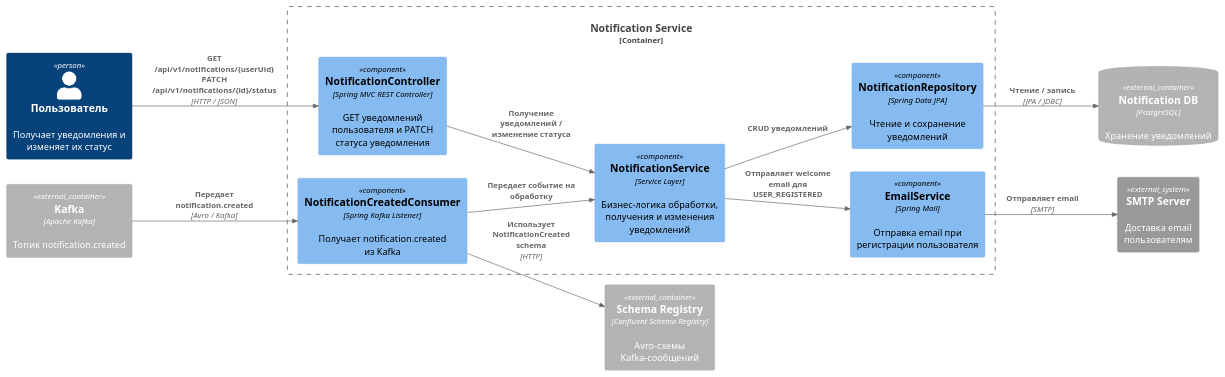
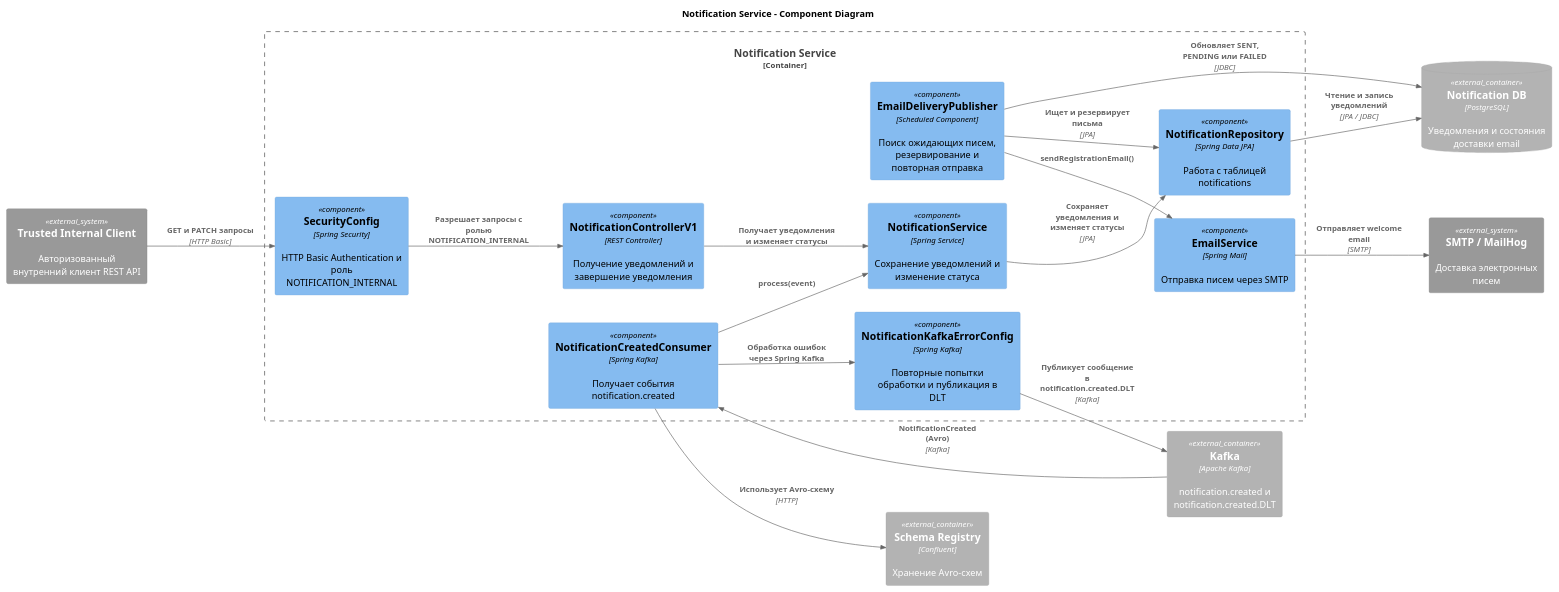
The diagram in notification-service/docs/component.puml (ArtemGuschin/paymentsystem), drawn with PlantUML before and after one commit. The commit also changed 18 other files, not shown here.

```diff
--- a/notification-service/docs/component.puml
+++ b/notification-service/docs/component.puml
@@ -1,35 +1,57 @@
 @startuml
+
 !include https://raw.githubusercontent.com/plantuml-stdlib/C4-PlantUML/master/C4_Component.puml
 
 LAYOUT_LEFT_RIGHT()
 
-Person(user, "Пользователь", "Получает уведомления и изменяет их статус")
+title Notification Service - Component Diagram
 
-Container_Ext(kafka, "Kafka", "Apache Kafka", "Топик notification.created")
-Container_Ext(schemaRegistry, "Schema Registry", "Confluent Schema Registry", "Avro-схемы Kafka-сообщений")
-ContainerDb_Ext(notificationDb, "Notification DB", "PostgreSQL", "Хранение уведомлений")
-System_Ext(smtp, "SMTP Server", "Доставка email пользователям")
+System_Ext(internalClient, "Trusted Internal Client", "Авторизованный внутренний клиент REST API")
+System_Ext(smtp, "SMTP / MailHog", "Доставка электронных писем")
+
+Container_Ext(kafka, "Kafka", "Apache Kafka", "notification.created и notification.created.DLT")
+Container_Ext(schemaRegistry, "Schema Registry", "Confluent", "Хранение Avro-схем")
+
+ContainerDb_Ext(notificationDb, "Notification DB", "PostgreSQL", "Уведомления и состояния доставки email")
 
 Container_Boundary(notificationService, "Notification Service") {
-    Component(notificationController, "NotificationController", "Spring MVC REST Controller", "GET уведомлений пользователя и PATCH статуса уведомления")
-    Component(kafkaConsumer, "NotificationCreatedConsumer", "Spring Kafka Listener", "Получает notification.created из Kafka")
-    Component(notificationServiceComponent, "NotificationService", "Service Layer", "Бизнес-логика обработки, получения и изменения уведомлений")
-    Component(notificationRepository, "NotificationRepository", "Spring Data JPA", "Чтение и сохранение уведомлений")
-    Component(emailService, "EmailService", "Spring Mail", "Отправка email при регистрации пользователя")
+
+    Component(securityConfig, "SecurityConfig", "Spring Security", "HTTP Basic Authentication и роль NOTIFICATION_INTERNAL")
+
+    Component(notificationController, "NotificationControllerV1", "REST Controller", "Получение уведомлений и завершение уведомления")
+
+    Component(kafkaConsumer, "NotificationCreatedConsumer", "Spring Kafka", "Получает события notification.created")
+
+    Component(kafkaErrorHandler, "NotificationKafkaErrorConfig", "Spring Kafka", "Повторные попытки обработки и публикация в DLT")
+
+    Component(notificationServiceComponent, "NotificationService", "Spring Service", "Сохранение уведомлений и изменение статуса")
+
+    Component(notificationRepository, "NotificationRepository", "Spring Data JPA", "Работа с таблицей notifications")
+
+    Component(emailPublisher, "EmailDeliveryPublisher", "Scheduled Component", "Поиск ожидающих писем, резервирование и повторная отправка")
+
+    Component(emailService, "EmailService", "Spring Mail", "Отправка писем через SMTP")
 }
 
-Rel(user, notificationController, "GET /api/v1/notifications/{userUid}\nPATCH /api/v1/notifications/{id}/status", "HTTP / JSON")
+Rel(internalClient, securityConfig, "GET и PATCH запросы", "HTTP Basic")
+Rel(securityConfig, notificationController, "Разрешает запросы с ролью NOTIFICATION_INTERNAL")
 
-Rel(kafka, kafkaConsumer, "Передает notification.created", "Avro / Kafka")
-Rel(kafkaConsumer, schemaRegistry, "Использует NotificationCreated schema", "HTTP")
-Rel(kafkaConsumer, notificationServiceComponent, "Передает событие на обработку")
+Rel(notificationController, notificationServiceComponent, "Получает уведомления и изменяет статусы")
 
-Rel(notificationController, notificationServiceComponent, "Получение уведомлений / изменение статуса")
+Rel(kafka, kafkaConsumer, "NotificationCreated (Avro)", "Kafka")
+Rel(kafkaConsumer, schemaRegistry, "Использует Avro-схему", "HTTP")
+Rel(kafkaConsumer, notificationServiceComponent, "process(event)")
 
-Rel(notificationServiceComponent, notificationRepository, "CRUD уведомлений")
-Rel(notificationRepository, notificationDb, "Чтение / запись", "JPA / JDBC")
+Rel(kafkaConsumer, kafkaErrorHandler, "Обработка ошибок через Spring Kafka")
+Rel(kafkaErrorHandler, kafka, "Публикует сообщение в notification.created.DLT", "Kafka")
 
-Rel(notificationServiceComponent, emailService, "Отправляет welcome email для USER_REGISTERED")
-Rel(emailService, smtp, "Отправляет email", "SMTP")
+Rel(notificationServiceComponent, notificationRepository, "Сохраняет уведомления и изменяет статусы", "JPA")
+Rel(notificationRepository, notificationDb, "Чтение и запись уведомлений", "JPA / JDBC")
+
+Rel(emailPublisher, notificationRepository, "Ищет и резервирует письма", "JPA")
+Rel(emailPublisher, notificationDb, "Обновляет SENT, PENDING или FAILED", "JDBC")
+
+Rel(emailPublisher, emailService, "sendRegistrationEmail()")
+Rel(emailService, smtp, "Отправляет welcome email", "SMTP")
 
 @enduml
```
